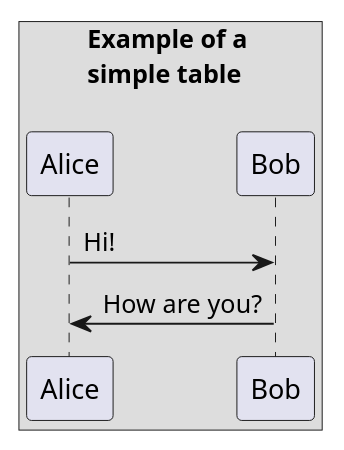
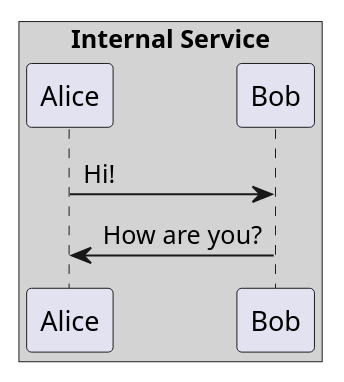
Before and after one commit to mark-nicol/test-public-docs: the diagram in docs/source/diagrams/test.puml, drawn with PlantUML.

Commit message:
adding a box in gray

```diff
--- a/docs/source/diagrams/test.puml
+++ b/docs/source/diagrams/test.puml
@@ -2,5 +2,6 @@
    @startuml
-   box  Example of a \nsimple table\n
+   box "Internal Service" #lightGray
    Alice -> Bob: Hi!
    Alice <- Bob: How are you?
+   end box
    @enduml
```
